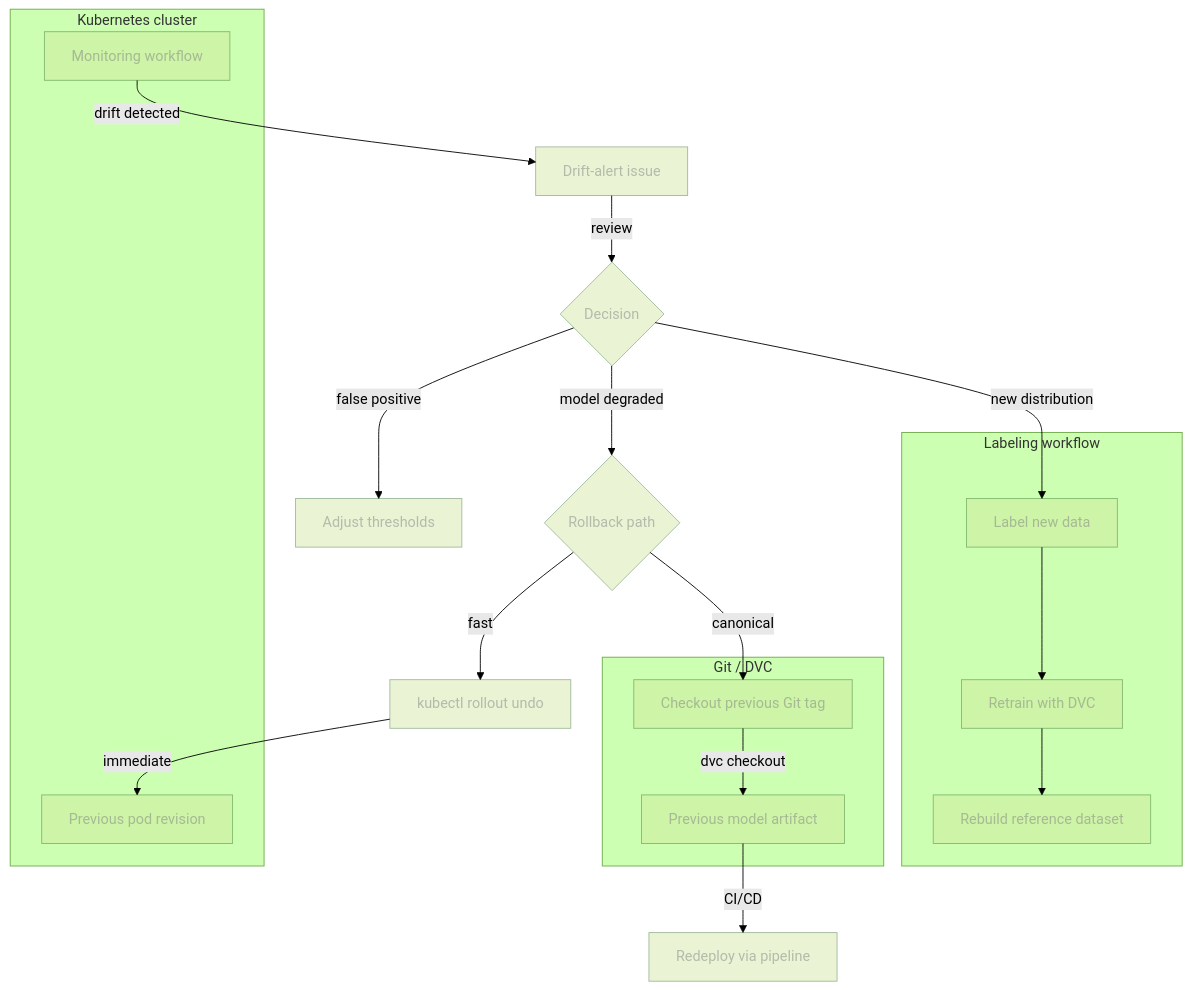
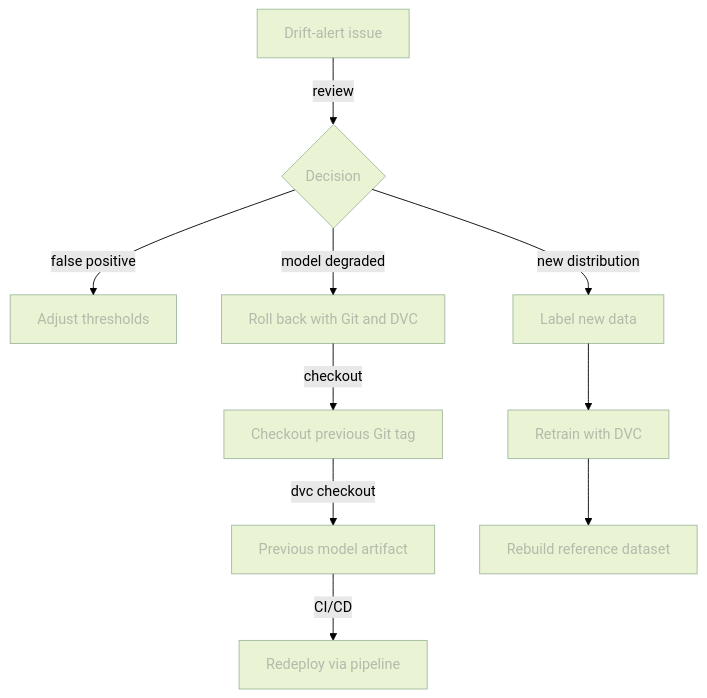
One commit to swiss-ai-center/a-guide-to-mlops changed the diagram in docs/part-4-monitor-and-maintain/chapter-45-review-drift-alerts-and-decide-on-action.md. Above: the diagram before and after it, drawn with Mermaid (forest theme).

Commit message:
Simplify Chapter 4.5 decision diagram

````diff
--- a/docs/part-4-monitor-and-maintain/chapter-45-review-drift-alerts-and-decide-on-action.md
+++ b/docs/part-4-monitor-and-maintain/chapter-45-review-drift-alerts-and-decide-on-action.md
@@ -38,45 +38,23 @@
 ```mermaid
 flowchart TB
-    monitor[Monitoring workflow] -->|drift detected| issue[Drift-alert issue]
-    issue -->|review| decision{Decision}
+    issue[Drift-alert issue] -->|review| decision{Decision}
     decision -->|false positive| tune[Adjust thresholds]
-    decision -->|model degraded| rollback{Rollback path}
-    rollback -->|fast| k8s_rollback[kubectl rollout undo]
-    k8s_rollback -->|immediate| previous_deployment[Previous pod revision]
-    rollback -->|canonical| git_rollback[Checkout previous Git tag]
+    decision -->|model degraded| rollback[Roll back with Git and DVC]
+    rollback -->|checkout| git_rollback[Checkout previous Git tag]
     git_rollback -->|dvc checkout| old_model[Previous model artifact]
     old_model -->|CI/CD| redeploy[Redeploy via pipeline]
     decision -->|new distribution| label[Label new data]
     label --> retrain[Retrain with DVC]
     retrain --> new_reference[Rebuild reference dataset]
 
-    subgraph clusterGraph[Kubernetes cluster]
-        monitor
-        previous_deployment
-    end
-
-    subgraph gitGraph[Git / DVC]
-        git_rollback
-        old_model
-    end
-
-    subgraph labelGraph[Labeling workflow]
-        label
-        retrain
-        new_reference
-    end
-
-    style monitor opacity:0.4,color:#7f7f7f80
     style issue opacity:0.4,color:#7f7f7f80
     style decision opacity:0.4,color:#7f7f7f80
     style tune opacity:0.4,color:#7f7f7f80
     style rollback opacity:0.4,color:#7f7f7f80
     style git_rollback opacity:0.4,color:#7f7f7f80
     style old_model opacity:0.4,color:#7f7f7f80
     style redeploy opacity:0.4,color:#7f7f7f80
-    style k8s_rollback opacity:0.4,color:#7f7f7f80
-    style previous_deployment opacity:0.4,color:#7f7f7f80
     style label opacity:0.4,color:#7f7f7f80
     style retrain opacity:0.4,color:#7f7f7f80
     style new_reference opacity:0.4,color:#7f7f7f80
 ```
````
